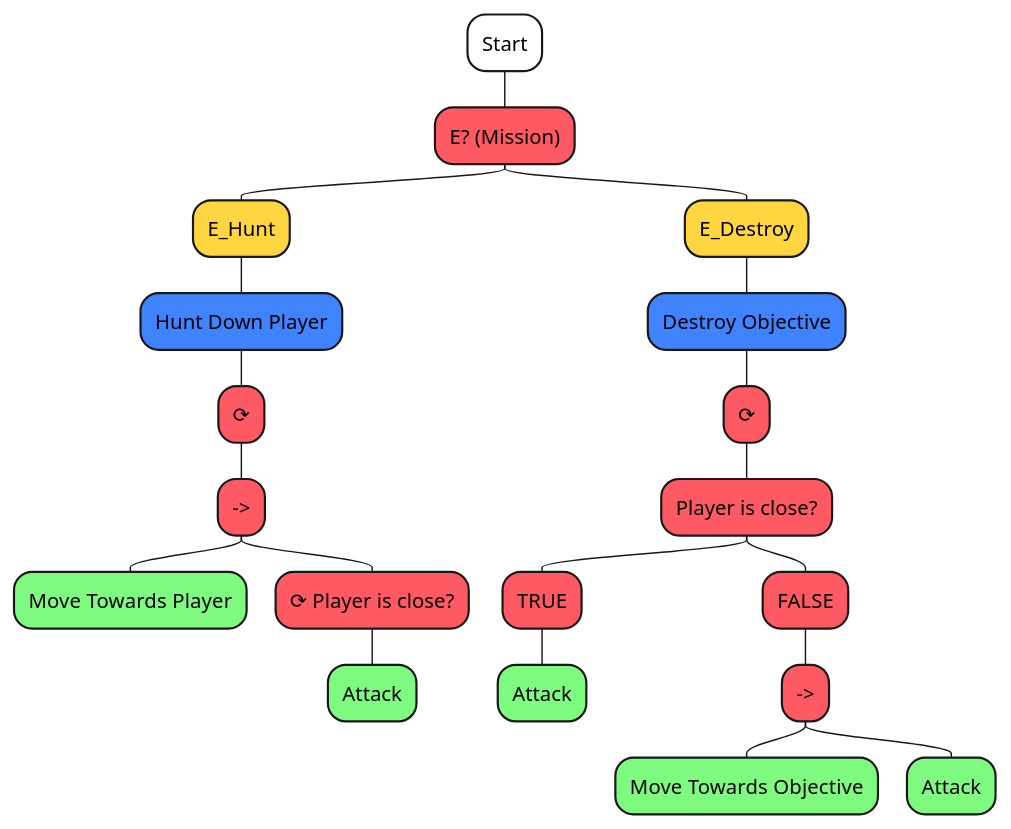
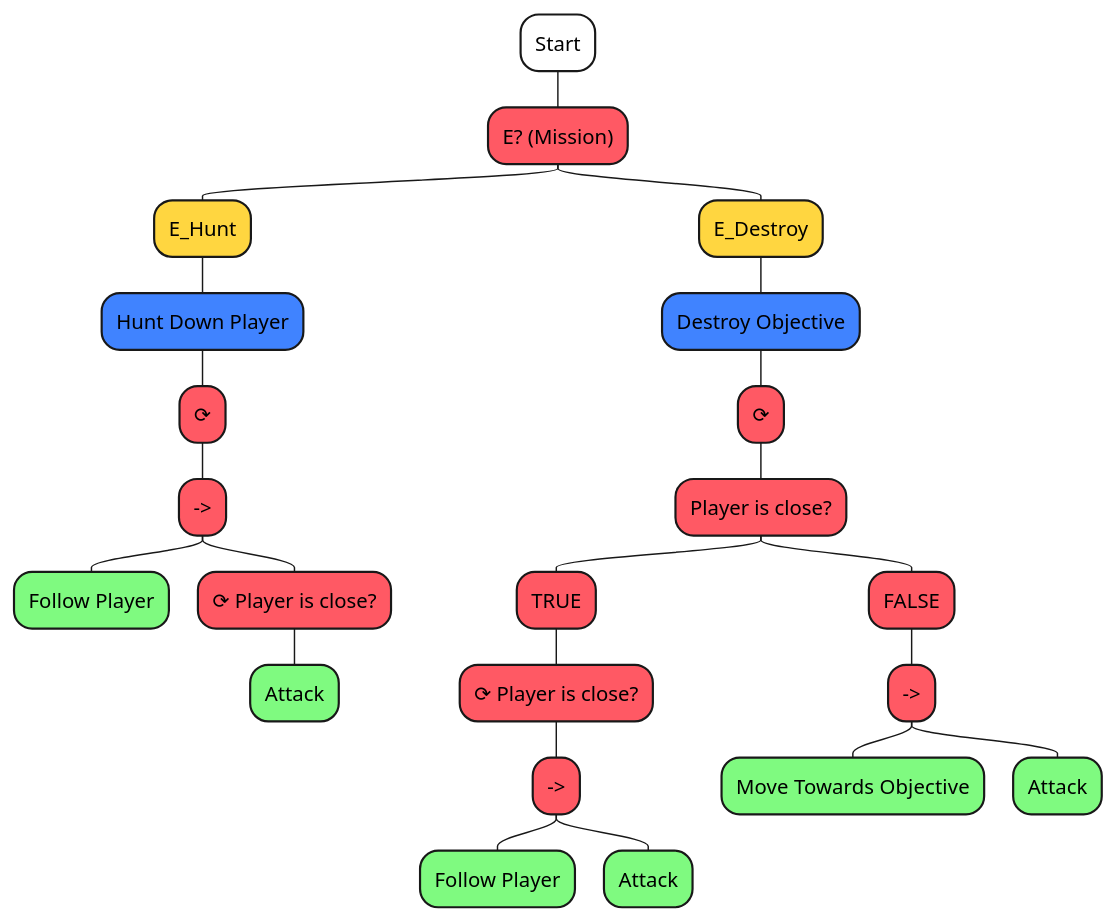
The diagram in ARCH/Entities/ARCH_EnemyAI.pu (OFCLeoS/dcs-unity-URG), drawn with PlantUML before and after one commit. The commit also changed 26 other files, not shown here.

```diff
--- a/ARCH/Entities/ARCH_EnemyAI.pu
+++ b/ARCH/Entities/ARCH_EnemyAI.pu
@@ -1,22 +1,25 @@
 @startmindmap Enemy Behaviour Tree
 top to bottom direction
 *[#FFFFFF] Start
 **[#FF5964] E? (Mission)
 ***[#FFD640] E_Hunt
 ****[#4083FF] Hunt Down Player
 *****[#FF5964] ⟳
 ******[#FF5964] ->
-*******[#7FFA80] Move Towards Player
+*******[#7FFA80] Follow Player
 *******[#FF5964] ⟳ Player is close?
 ********[#7FFA80] Attack
 ***[#FFD640] E_Destroy
 ****[#4083FF] Destroy Objective
 *****[#FF5964] ⟳
 ******[#FF5964] Player is close?
 *******[#FF5964] TRUE
-********[#7FFA80] Attack
+********[#FF5964] ⟳ Player is close?
+*********[#FF5964] ->
+**********[#7FFA80] Follow Player
+**********[#7FFA80] Attack
 *******[#FF5964] FALSE
 ********[#FF5964] ->
 *********[#7FFA80] Move Towards Objective
 *********[#7FFA80] Attack
 @endmindmap
```
